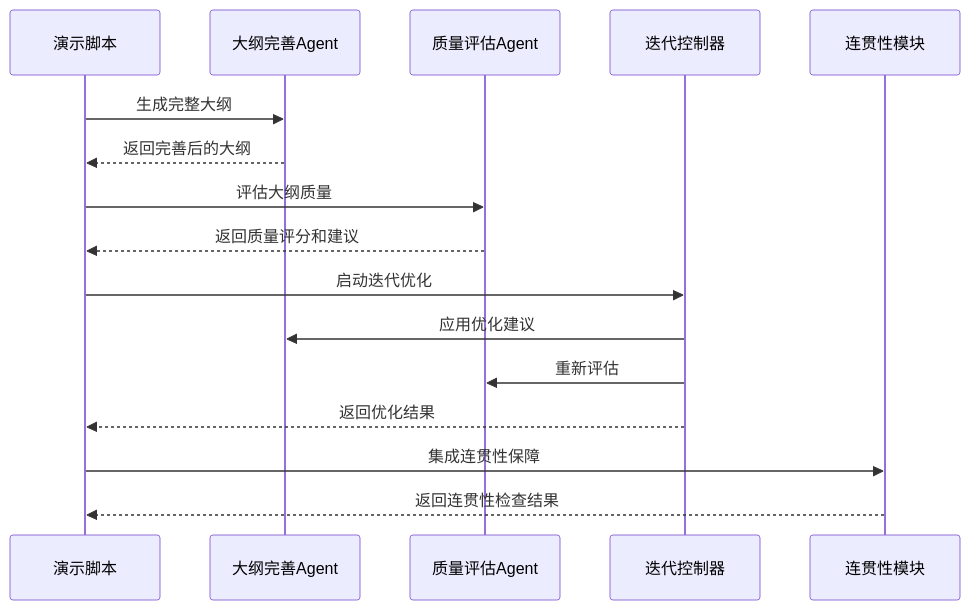
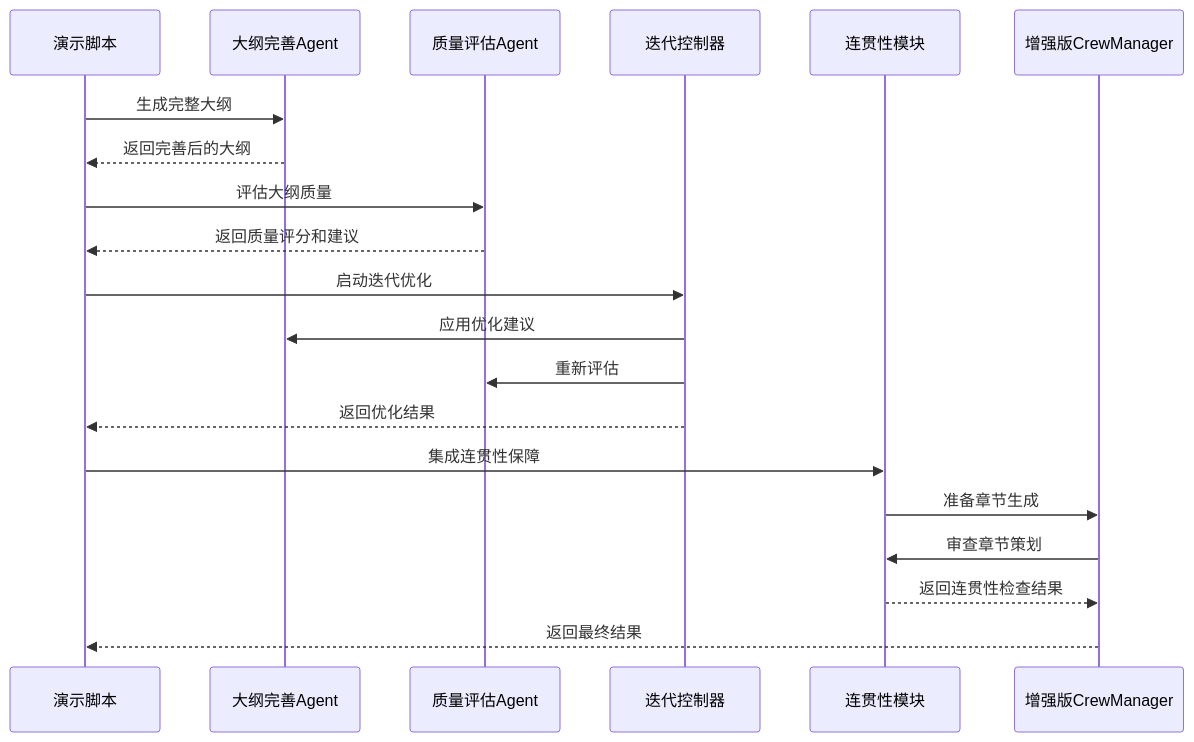
One commit to xfbyxq/ai-novel-system changed the third of 9 diagrams in .qoder/repowiki/zh/content/开发者指南/大纲增强演示脚本.md. Above: the diagram before and after it, drawn with Mermaid. The commit also changed other lines of this file and 4 other files, not shown here.

````diff
--- a/.qoder/repowiki/zh/content/开发者指南/大纲增强演示脚本.md
+++ b/.qoder/repowiki/zh/content/开发者指南/大纲增强演示脚本.md
@@ -138,18 +236,22 @@
 ```mermaid
 sequenceDiagram
 participant Demo as 演示脚本
 participant Refiner as 大纲完善Agent
 participant Validator as 质量评估Agent
 participant Controller as 迭代控制器
 participant Continuity as 连贯性模块
+participant EnhancedCrew as 增强版CrewManager
 Demo->>Refiner : 生成完整大纲
 Refiner-->>Demo : 返回完善后的大纲
 Demo->>Validator : 评估大纲质量
 Validator-->>Demo : 返回质量评分和建议
 Demo->>Controller : 启动迭代优化
 Controller->>Refiner : 应用优化建议
 Controller->>Validator : 重新评估
 Controller-->>Demo : 返回优化结果
 Demo->>Continuity : 集成连贯性保障
-Continuity-->>Demo : 返回连贯性检查结果
+Continuity->>EnhancedCrew : 准备章节生成
+EnhancedCrew->>Continuity : 审查章节策划
+Continuity-->>EnhancedCrew : 返回连贯性检查结果
+EnhancedCrew-->>Demo : 返回最终结果
 ```
````
